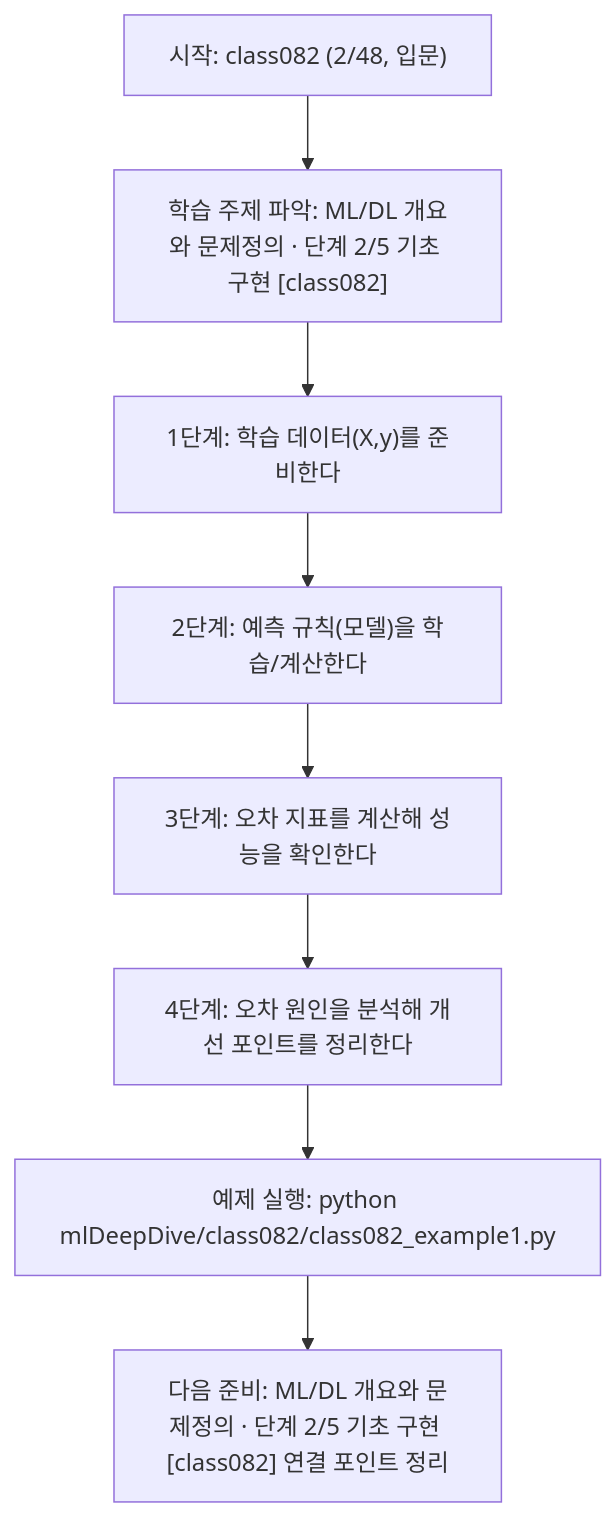
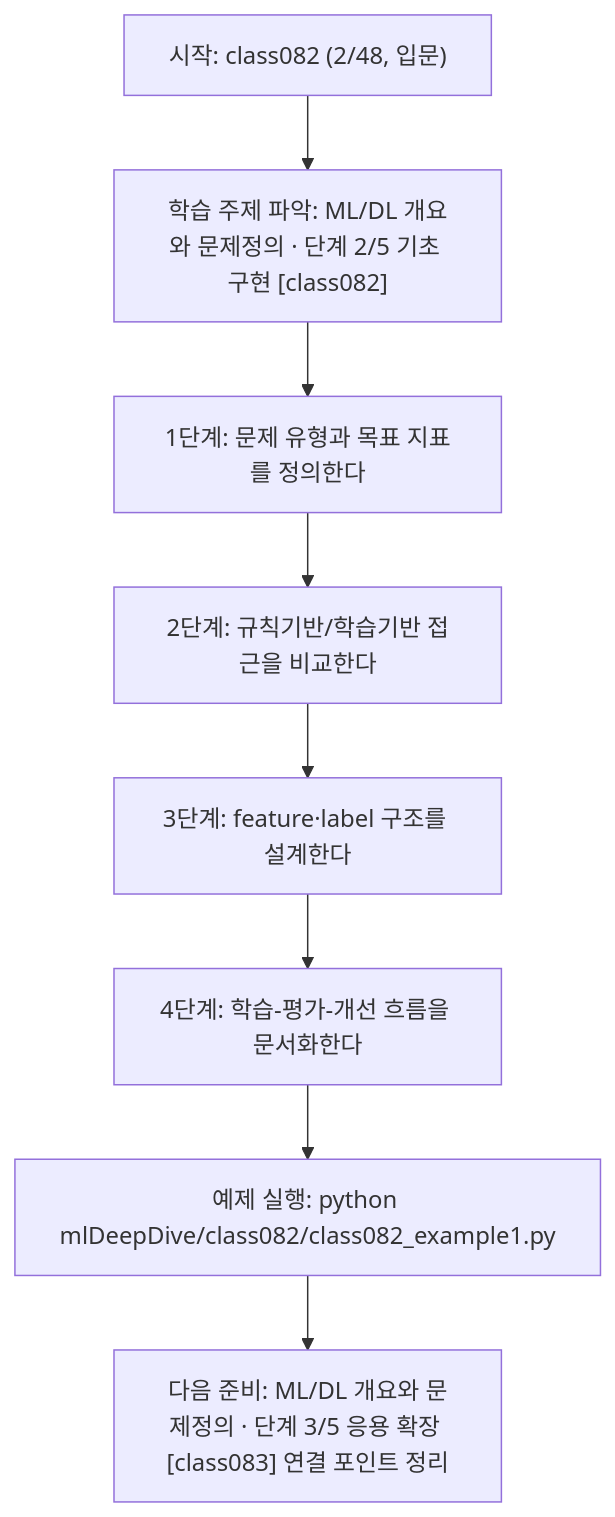
Before and after one commit to edumgt/Python-AI_Agent-Class: the diagram in mlDeepDive/class082/class082.md, drawn with Mermaid. The commit also changed other lines of this file and 338 other files, not shown here.

````diff
--- a/mlDeepDive/class082/class082.md
+++ b/mlDeepDive/class082/class082.md
@@ -111,18 +91,18 @@
 ```mermaid
 flowchart TD
 N1["시작: class082 (2/48, 입문)"]
 N2["학습 주제 파악: ML/DL 개요와 문제정의 · 단계 2/5 기초 구현 [class082]"]
-N3["1단계: 학습 데이터(X,y)를 준비한다"]
-N4["2단계: 예측 규칙(모델)을 학습/계산한다"]
-N5["3단계: 오차 지표를 계산해 성능을 확인한다"]
-N6["4단계: 오차 원인을 분석해 개선 포인트를 정리한다"]
+N3["1단계: 문제 유형과 목표 지표를 정의한다"]
+N4["2단계: 규칙기반/학습기반 접근을 비교한다"]
+N5["3단계: feature·label 구조를 설계한다"]
+N6["4단계: 학습-평가-개선 흐름을 문서화한다"]
 N7["예제 실행: python mlDeepDive/class082/class082_example1.py"]
-N8["다음 준비: ML/DL 개요와 문제정의 · 단계 2/5 기초 구현 [class082] 연결 포인트 정리"]
+N8["다음 준비: ML/DL 개요와 문제정의 · 단계 3/5 응용 확장 [class083] 연결 포인트 정리"]
 N1 --> N2
 N2 --> N3
 N3 --> N4
 N4 --> N5
 N5 --> N6
 N6 --> N7
 N7 --> N8
 ```
````
